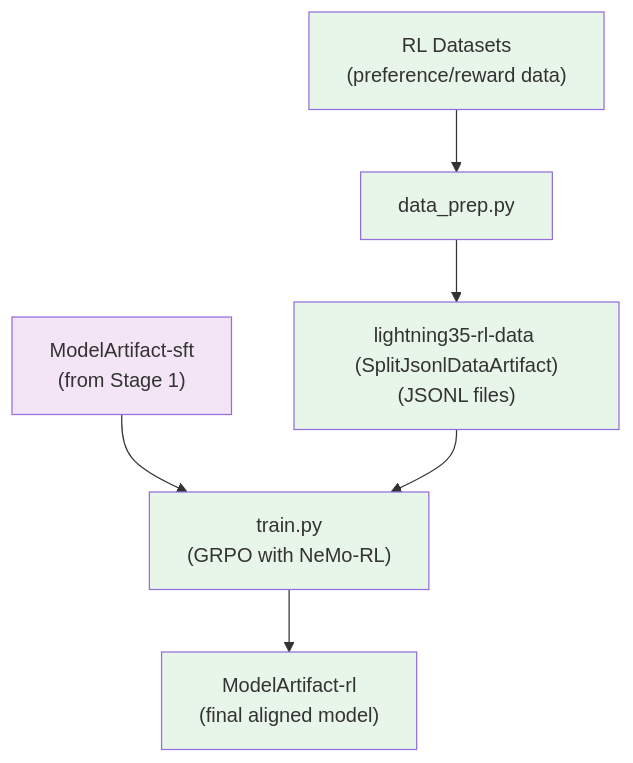
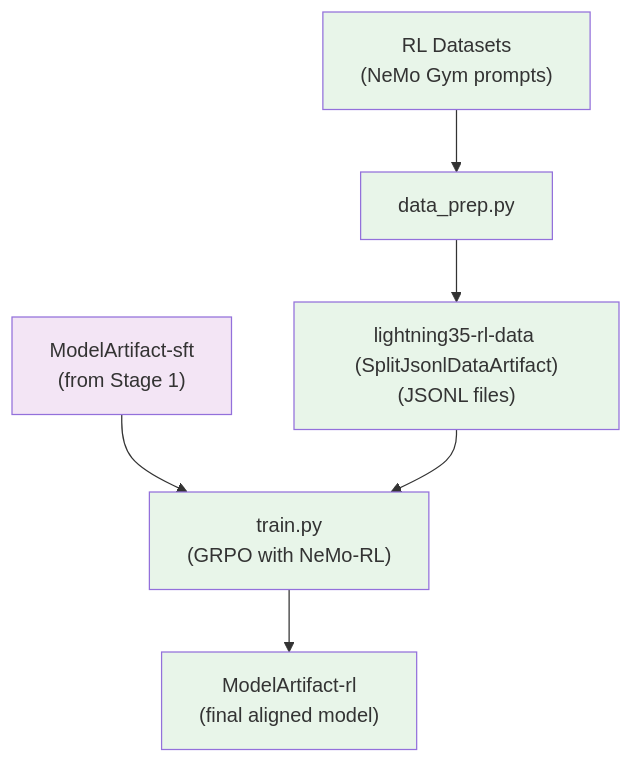
The diagram in src/nemotron/recipes/lightning35/stage2_rl/README.md (NVIDIA-NeMo/Nemotron), drawn with Mermaid before and after one commit. The commit also changed other lines of this file and 166 other files, not shown here.

````diff
--- a/src/nemotron/recipes/lightning35/stage2_rl/README.md
+++ b/src/nemotron/recipes/lightning35/stage2_rl/README.md
@@ -231,15 +230,15 @@
 ```mermaid
 flowchart TB
     prev["ModelArtifact-sft<br/>(from Stage 1)"] --> train
-    rl["RL Datasets<br/>(preference/reward data)"] --> dp["data_prep.py"]
+    rl["RL Datasets<br/>(NeMo Gym prompts)"] --> dp["data_prep.py"]
     dp --> data["lightning35-rl-data (SplitJsonlDataArtifact)<br/>(JSONL files)"]
     data --> train["train.py<br/>(GRPO with NeMo-RL)"]
     train --> model["ModelArtifact-rl<br/>(final aligned model)"]
 
     style prev fill:#f3e5f5
     style rl fill:#e8f5e9
     style dp fill:#e8f5e9
     style data fill:#e8f5e9
     style train fill:#e8f5e9
     style model fill:#e8f5e9
 ```
````
